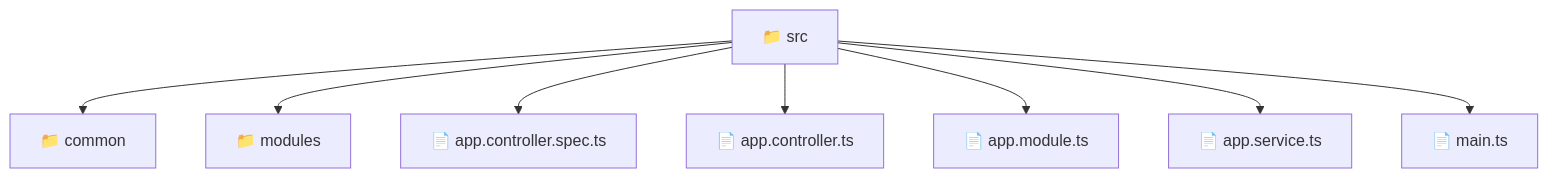
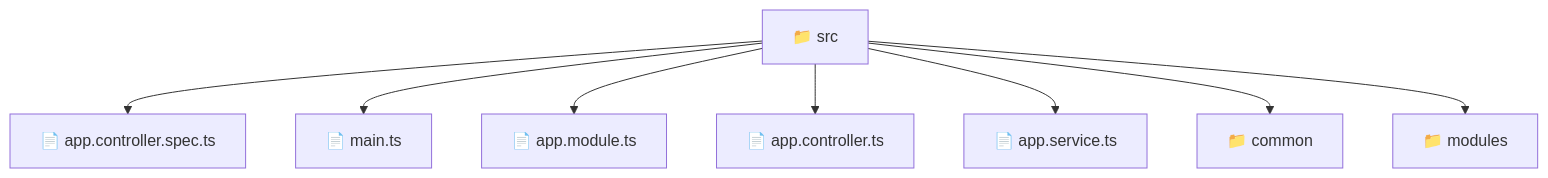
Before and after one commit to beginwebdev2002/fullstack-mavluda: the diagram in backend/src/README.md, drawn with Mermaid. The commit also changed other lines of this file and 164 other files, not shown here.

First line of the commit message:
docs: generate robust autonomous architectural documentation

````diff
--- a/backend/src/README.md
+++ b/backend/src/README.md
@@ -9,11 +11,11 @@
 ```mermaid
 graph TD
-  Root["📁 src"]
-  Root --> common["📁 common"]
-  Root --> modules["📁 modules"]
-  Root --> app_controller_spec_ts["📄 app.controller.spec.ts"]
-  Root --> app_controller_ts["📄 app.controller.ts"]
-  Root --> app_module_ts["📄 app.module.ts"]
-  Root --> app_service_ts["📄 app.service.ts"]
-  Root --> main_ts["📄 main.ts"]
+    f_src["📁 src"]
+    f_src --> f_app_controller_spec_ts["📄 app.controller.spec.ts"]
+    f_src --> f_main_ts["📄 main.ts"]
+    f_src --> f_app_module_ts["📄 app.module.ts"]
+    f_src --> f_app_controller_ts["📄 app.controller.ts"]
+    f_src --> f_app_service_ts["📄 app.service.ts"]
+    f_src --> f_common["📁 common"]
+    f_src --> f_modules["📁 modules"]
 ```
````
